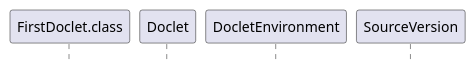
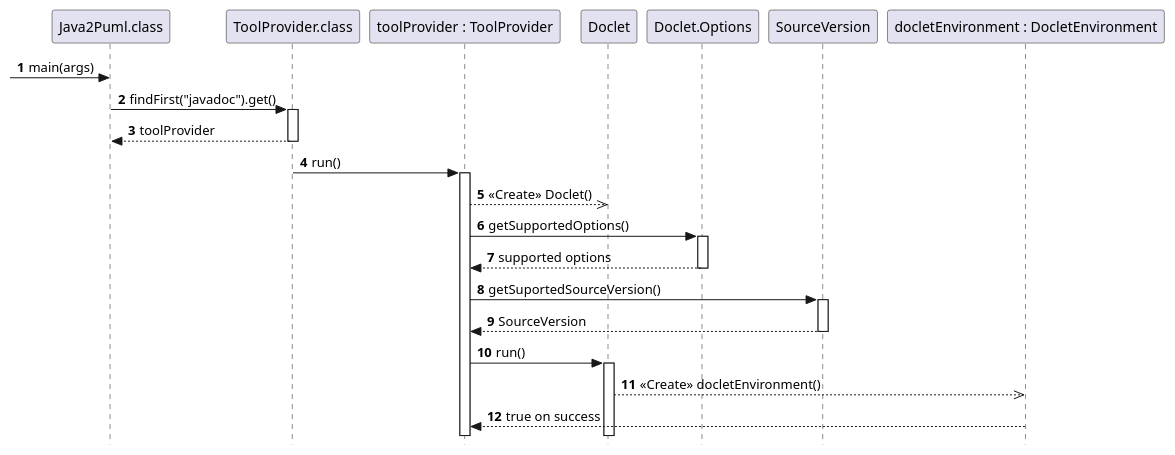
Before and after one commit to raphelSct/PUMLFromJavaAPI: the diagram in uml/DS_Doclet.puml, drawn with PlantUML. The commit also changed 32 other files, not shown here.

```diff
--- a/uml/DS_Doclet.puml
+++ b/uml/DS_Doclet.puml
@@ -1,10 +1,31 @@
 @startuml
-'https://plantuml.com/sequence-diagram
-skinparam style strictuml
+    'https://plantuml.com/sequence-diagram
+    skinparam style strictuml
 
-participant FirstDoclet.class as FirstDoclet
-participant Doclet as Doclet
-participant DocletEnvironment as DocletEnvironment
-participant SourceVersion as SourceVersion
+    participant "Java2Puml.class" as Main
+    participant "ToolProvider.class" as ToolProvider
+    participant "toolProvider : ToolProvider" as toolProvider
+    participant Doclet
+    participant Doclet.Options
+    participant SourceVersion
+    participant "docletEnvironment : DocletEnvironment" as DocletEnvironment
 
-@enduml
+    autonumber
+    [-> Main : main(args)
+    Main -> ToolProvider ++: findFirst("javadoc").get()
+    ToolProvider --> Main --: toolProvider
+
+    ToolProvider -> toolProvider ++ : run()
+
+    toolProvider -->> Doclet : <<Create>> Doclet()
+    toolProvider -> Doclet.Options ++ : getSupportedOptions()
+    Doclet.Options --> toolProvider --: supported options
+
+
+    toolProvider -> SourceVersion ++: getSuportedSourceVersion()
+    SourceVersion --> toolProvider --: SourceVersion
+
+    toolProvider -> Doclet ++ : run()
+    Doclet -->>  DocletEnvironment : <<Create>> docletEnvironment()
+    DocletEnvironment --> toolProvider --: true on success
+    @enduml
```
